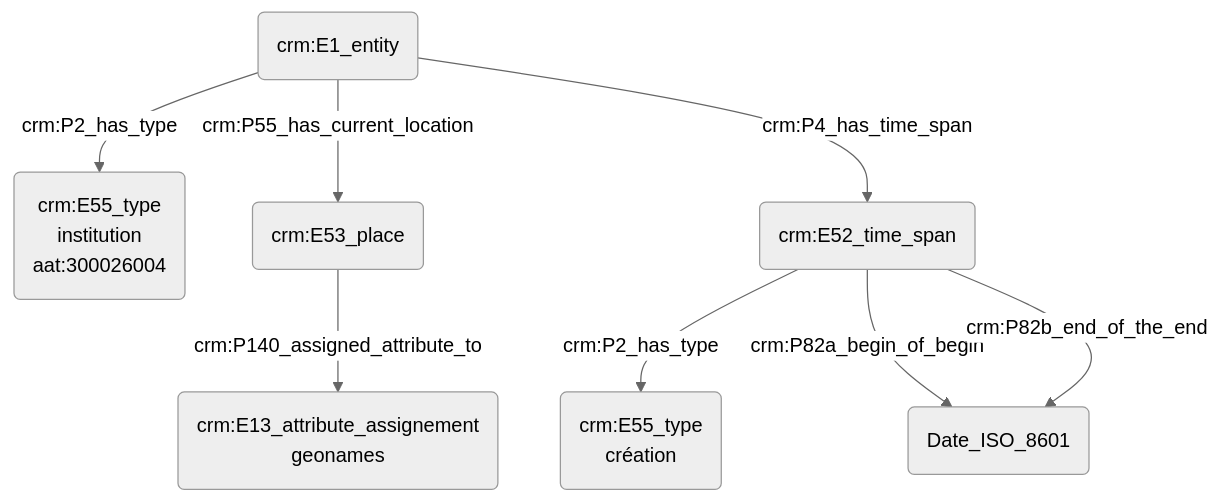
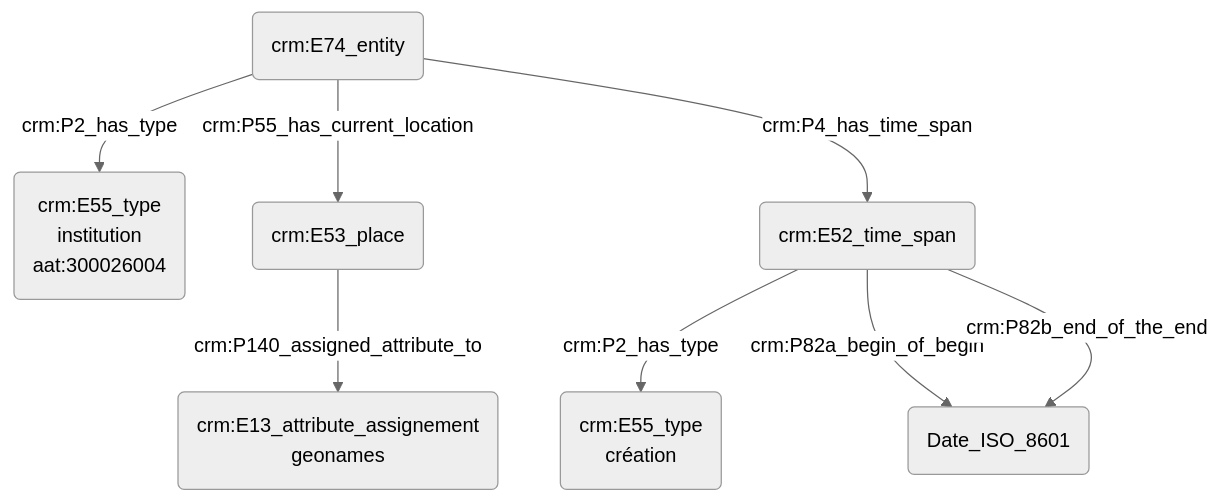
One commit to Amleth/consortium-musica2-gt2-ontologies changed the diagram in modules/livrables/Dossier 2/Prosopographie/statut ou rôle au sein d'une institution.md. Above: the diagram before and after it, drawn with Mermaid (neutral theme).

Commit message:
Update statut ou rôle au sein d'une institution.md

````diff
--- a/modules/livrables/Dossier 2/Prosopographie/statut ou rôle au sein d'une institution.md
+++ b/modules/livrables/Dossier 2/Prosopographie/statut ou rôle au sein d'une institution.md
@@ -11,13 +11,13 @@
 ```mermaid
 graph TD;
 
 
-A(crm:E1_entity) -->|crm:P2_has_type| B(crm:E55_type<br>institution<br>aat:300026004)
+A(crm:E74_entity) -->|crm:P2_has_type| B(crm:E55_type<br>institution<br>aat:300026004)
 A(crm:E1_entity) -->|crm:P55_has_current_location| C(crm:E53_place)
 C(crm:E53_place) -->|crm:P140_assigned_attribute_to| D(crm:E13_attribute_assignement<br>geonames)
-A(crm:E1_entity) -->|crm:P4_has_time_span| E(crm:E52_time_span)
+A(crm:E74_entity) -->|crm:P4_has_time_span| E(crm:E52_time_span)
 E(crm:E52_time_span) -->|crm:P2_has_type| G(crm:E55_type<br>création)
 E(crm:E52_time_span) -->|crm:P82a_begin_of_begin| F(Date_ISO_8601)
 E(crm:E52_time_span) -->|crm:P82b_end_of_the_end| F(Date_ISO_8601)
 
 ```
````
